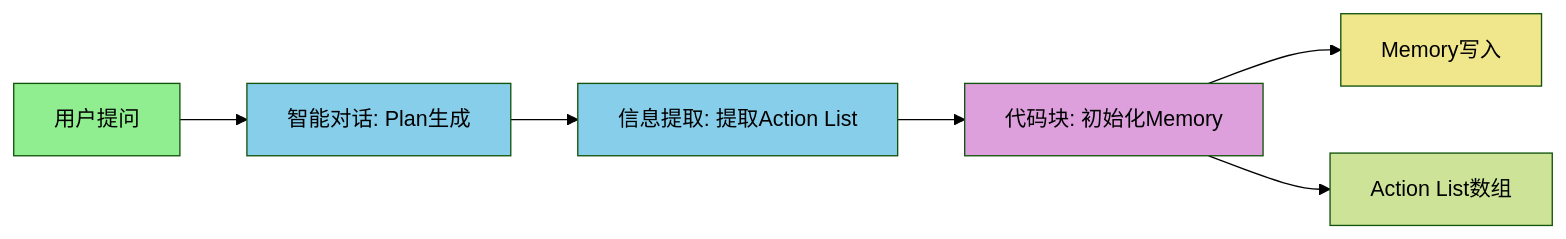
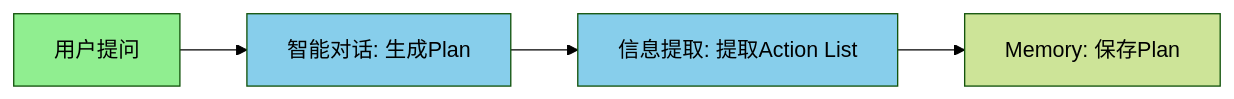
One commit to Sonnet0524/AI-Lesson-Training changed the first of 5 diagrams in Lesson-01/resources/示例代码/ReAct在灵知平台的实现方案.md. Above: the diagram before and after it, drawn with Mermaid (forest theme). The commit also changed other lines of this file, not shown here.

````diff
--- a/Lesson-01/resources/示例代码/ReAct在灵知平台的实现方案.md
+++ b/Lesson-01/resources/示例代码/ReAct在灵知平台的实现方案.md
@@ -96,14 +126,10 @@
 ```mermaid
 graph LR
-    A[用户提问] --> B[智能对话: Plan生成]
+    A[用户提问] --> B[智能对话: 生成Plan]
     B --> C[信息提取: 提取Action List]
-    C --> D[代码块: 初始化Memory]
-    D --> E[Memory写入]
-    D --> F[Action List数组]
+    C --> D[Memory: 保存Plan]
     
     style A fill:#90EE90
     style B fill:#87CEEB
     style C fill:#87CEEB
-    style D fill:#DDA0DD
-    style E fill:#F0E68C
 ```
````
